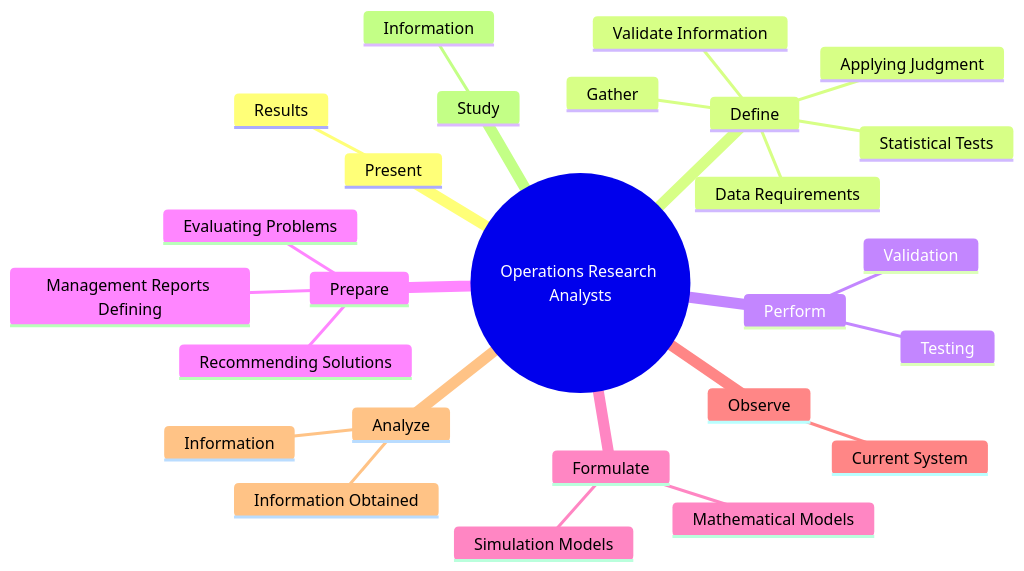
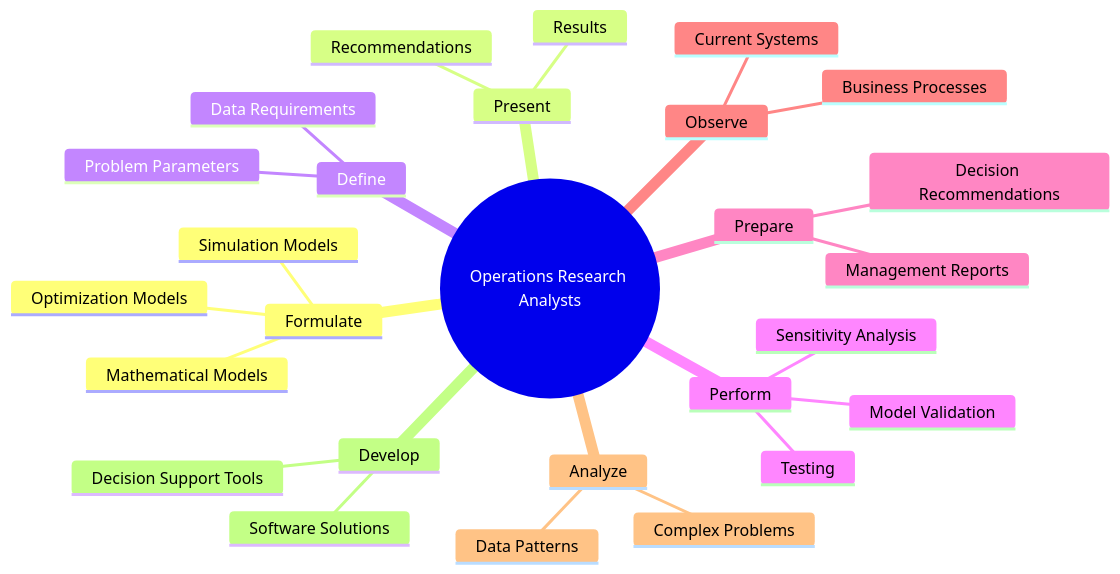
The second of 4 diagrams in occupations/Technology/OperationsResearchAnalysts.mdx (kziemski/business.org.ai), drawn with Mermaid before and after one commit. The commit also changed other lines of this file and 938 other files, not shown here.

````diff
--- a/occupations/Technology/OperationsResearchAnalysts.mdx
+++ b/occupations/Technology/OperationsResearchAnalysts.mdx
@@ -37,29 +45,30 @@
 ```mermaid
 mindmap
     root(("Operations Research Analysts"))
-        Present
-            Results
-        Define
-            Data Requirements
-            Gather
-            Validate Information
-            Applying Judgment
-            Statistical Tests
-        Perform
-            Validation
-            Testing
-        Prepare
-            Management Reports Defining
-            Evaluating Problems
-            Recommending Solutions
         Formulate
             Mathematical Models
             Simulation Models
+            Optimization Models
+        Present
+            Results
+            Recommendations
+        Define
+            Data Requirements
+            Problem Parameters
+        Perform
+            Model Validation
+            Sensitivity Analysis
+            Testing
+        Prepare
+            Management Reports
+            Decision Recommendations
         Observe
-            Current System
+            Current Systems
+            Business Processes
         Analyze
-            Information Obtained
-            Information
-        Study
-            Information
+            Complex Problems
+            Data Patterns
+        Develop
+            Decision Support Tools
+            Software Solutions
 ```
````
